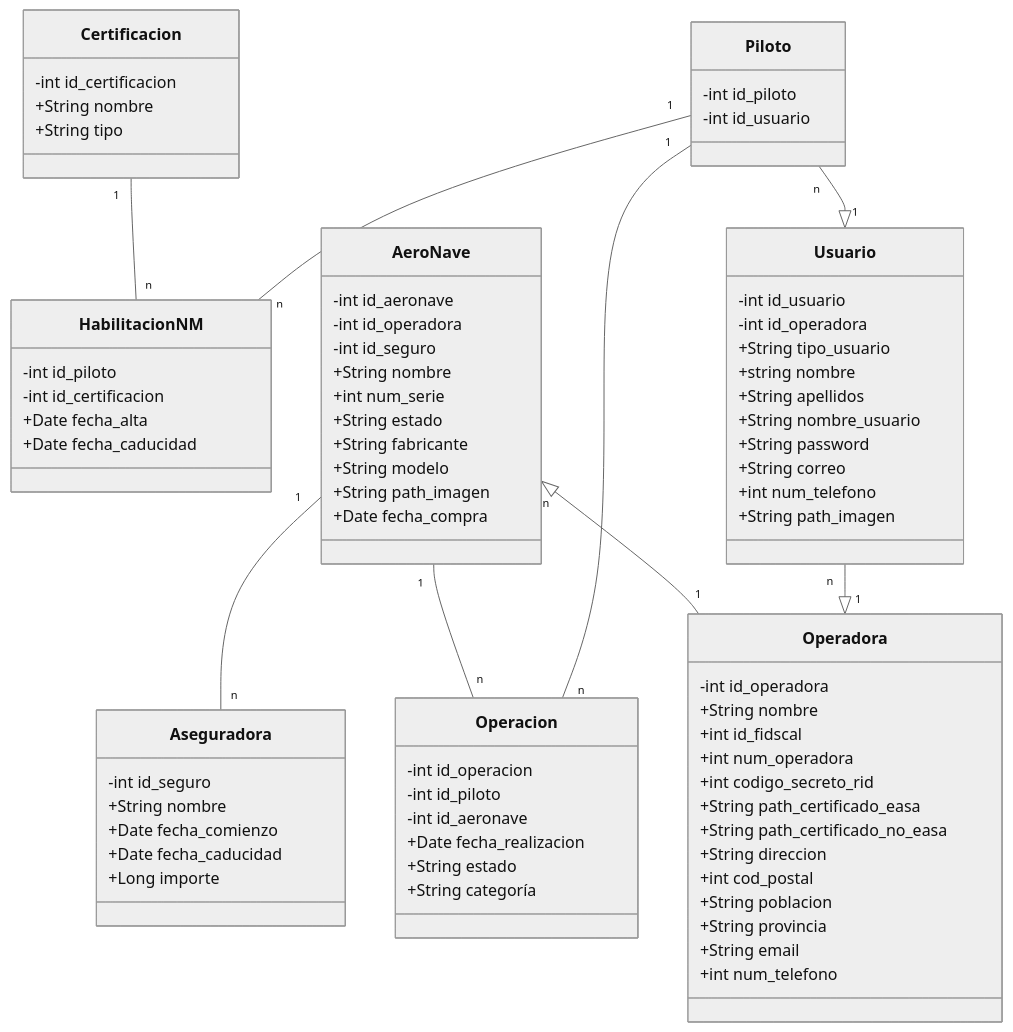
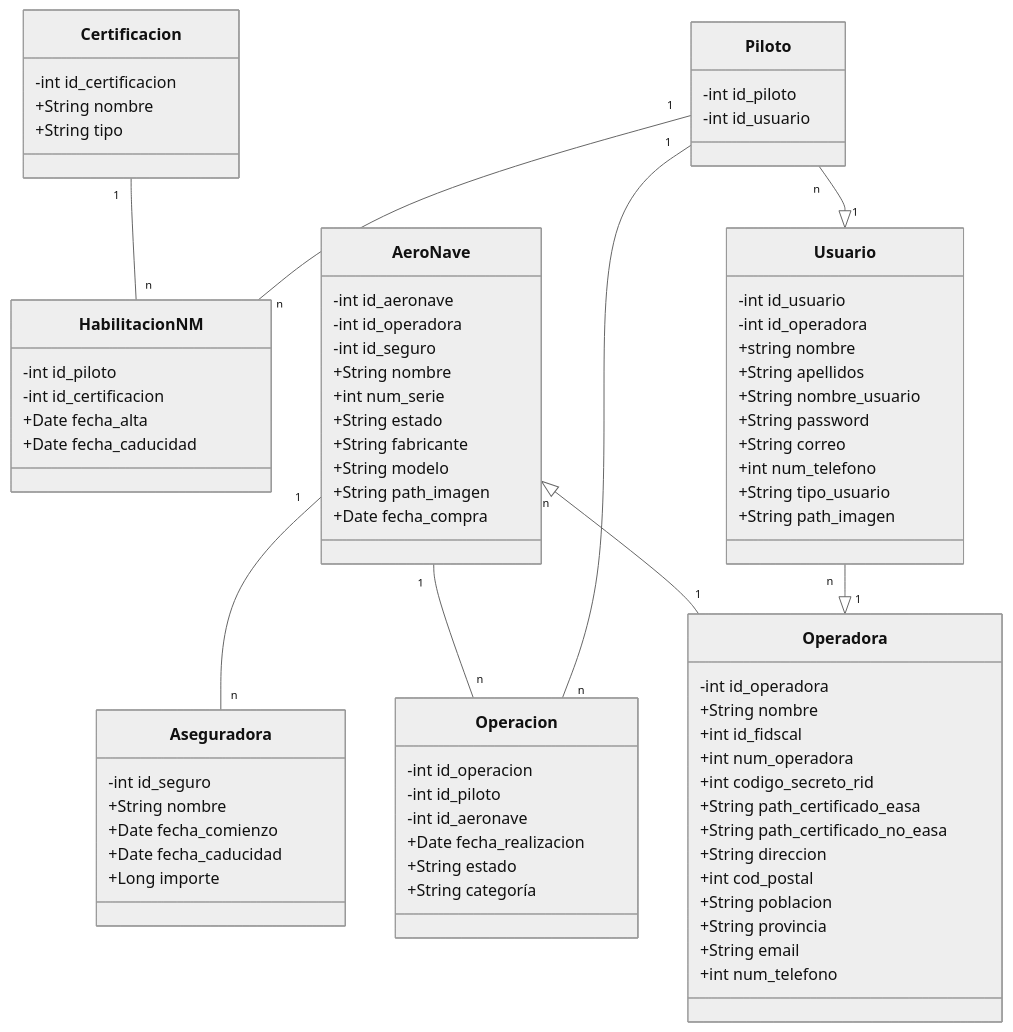
The diagram in GestorDrones-2026-03-04-082714.mmd (kfuentesb/DroneGestory), drawn with Mermaid (neutral theme) before and after one commit. The commit also changed other lines of this file and 7 other files, not shown here.

```diff
--- a/GestorDrones-2026-03-04-082714.mmd
+++ b/GestorDrones-2026-03-04-082714.mmd
@@ -1,87 +1,87 @@
 classDiagram
 
     class HabilitacionNM {
 	    -int id_piloto
 	    -int id_certificacion
 	    +Date fecha_alta
 	    +Date fecha_caducidad
     }
 
     class Piloto {
 	    -int id_piloto
       -int id_usuario
     }
 
     class Certificacion {
 	    -int id_certificacion
 	    +String nombre
 	    +String tipo
     }
 
     class Operacion {
 	    -int id_operacion
 	    -int id_piloto
 	    -int id_aeronave
 	    +Date fecha_realizacion
 	    +String estado
 	    +String categoría
     }
 
     class AeroNave {
 	    -int id_aeronave
       -int id_operadora
       -int id_seguro
 	    +String nombre
       +int num_serie
       +String estado
       +String fabricante
       +String modelo
       +String path_imagen
       +Date fecha_compra
     }
 
     class Aseguradora {
 	    -int id_seguro
 	    +String nombre
 	    +Date fecha_comienzo
 	    +Date fecha_caducidad
 	    +Long importe
     }
 
     class Operadora {
 	    -int id_operadora
 	    +String nombre
       +int id_fidscal
       +int num_operadora
       +int codigo_secreto_rid
       +String path_certificado_easa
       +String path_certificado_no_easa
       +String direccion
       +int cod_postal
       +String poblacion
       +String provincia
       +String email
       +int num_telefono
     }
 
     class Usuario{
       -int id_usuario
       -int id_operadora
-      +String tipo_usuario
       +string nombre
       +String apellidos
       +String nombre_usuario
       +String password
       +String correo
       +int num_telefono
+      +String tipo_usuario
       +String path_imagen
     }
 
     Piloto "1" -- "n" HabilitacionNM
     Certificacion "1" -- "n" HabilitacionNM
     Piloto "1" -- "n" Operacion
     AeroNave "1" -- "n" Operacion
     AeroNave "1" -- "n" Aseguradora
     Piloto "n" --|> "1" Usuario
     Usuario "n" --|> "1" Operadora
     AeroNave "n" <|-- "1" Operadora
```
